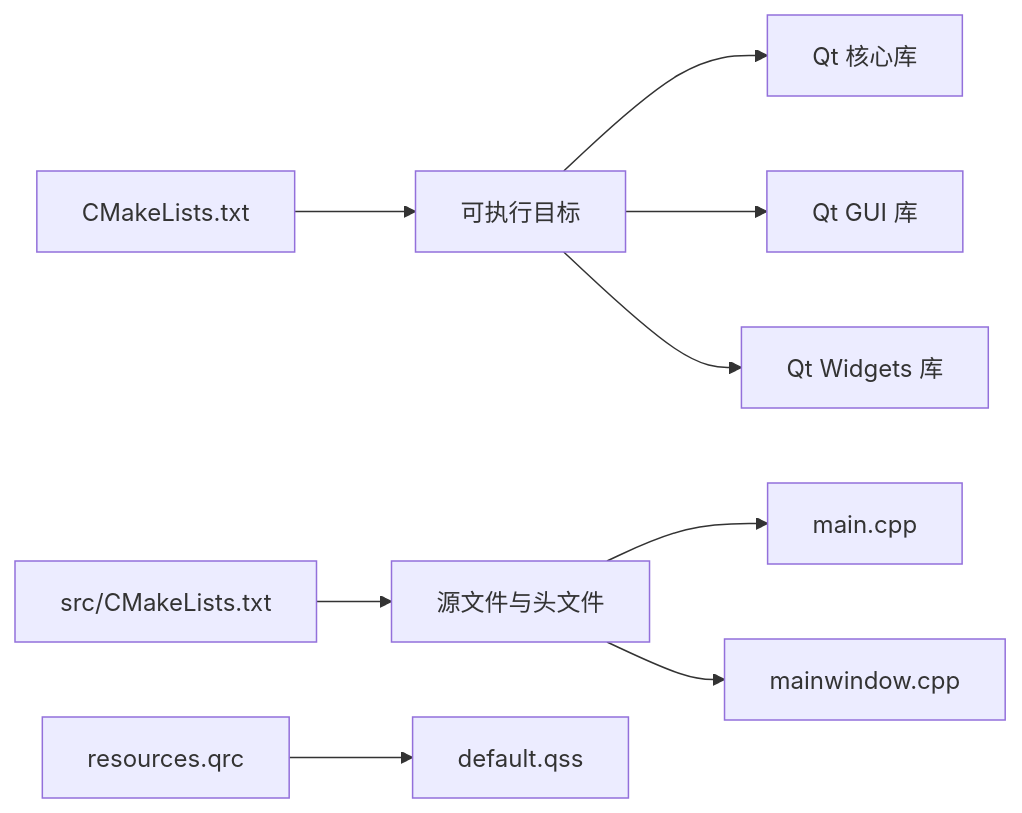
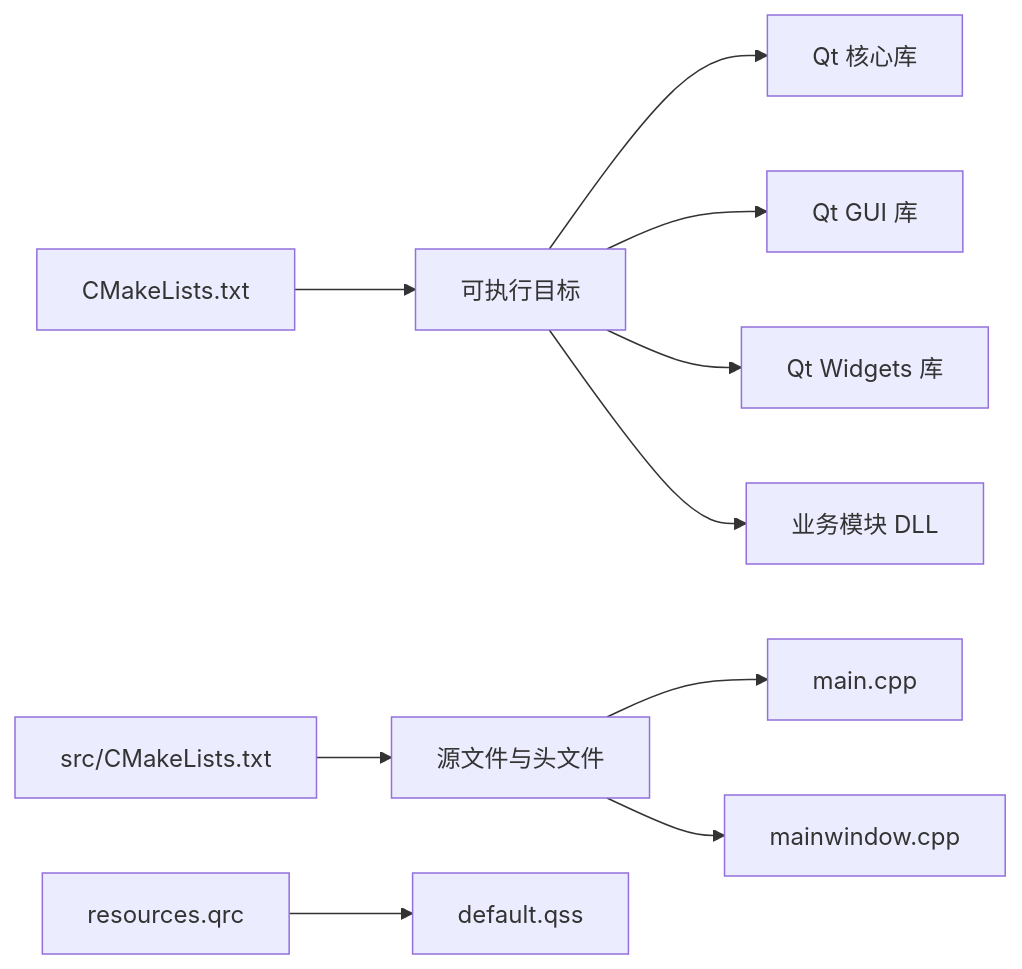
The eighth of 8 diagrams in .qoder/repowiki/zh/content/核心模块详解/应用程序入口.md (jakecai1225-design/OpenBus), drawn with Mermaid before and after one commit. The commit also changed other lines of this file and 58 other files, not shown here.

````diff
--- a/.qoder/repowiki/zh/content/核心模块详解/应用程序入口.md
+++ b/.qoder/repowiki/zh/content/核心模块详解/应用程序入口.md
@@ -319,11 +374,12 @@
 ```mermaid
 graph LR
 CMakeTop["CMakeLists.txt"] --> Executable["可执行目标"]
 CMakeSrc["src/CMakeLists.txt"] --> Sources["源文件与头文件"]
 Sources --> MainCPP["main.cpp"]
 Sources --> MainWindowCPP["mainwindow.cpp"]
 Resources["resources.qrc"] --> Styles["default.qss"]
 Executable --> QtCore["Qt 核心库"]
 Executable --> QtGui["Qt GUI 库"]
 Executable --> QtWidgets["Qt Widgets 库"]
+Executable --> Modules["业务模块 DLL"]
 ```
````
